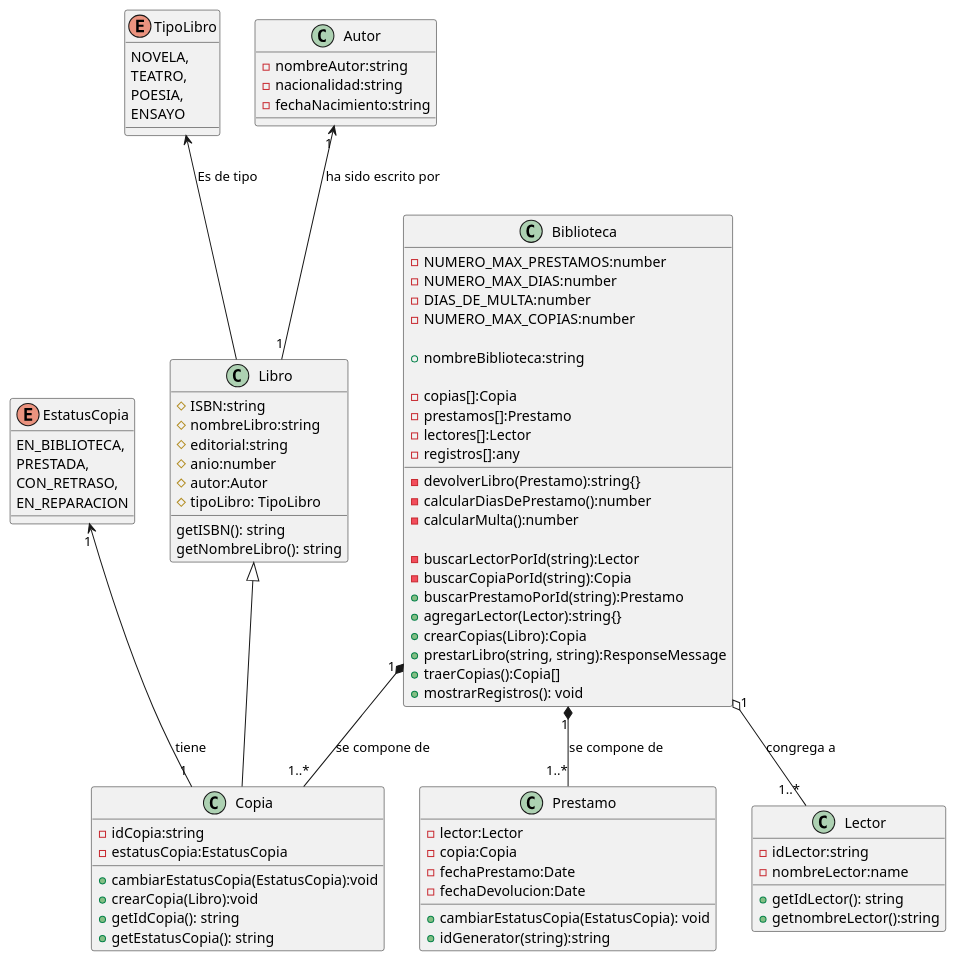
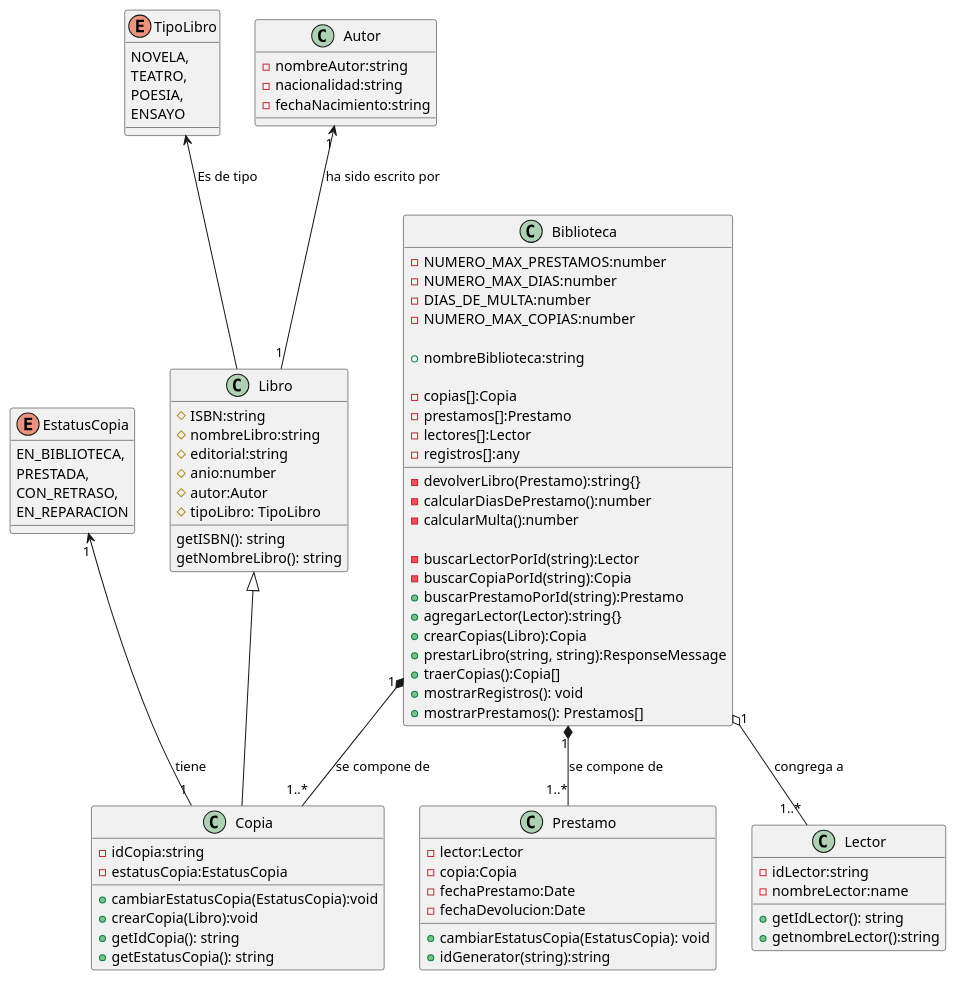
Before and after one commit to wilmansirit/UMLs: the diagram in Biblioteca/laBiblioteca.puml, drawn with PlantUML. The commit also changed 4 other files, not shown here.

```diff
--- a/Biblioteca/laBiblioteca.puml
+++ b/Biblioteca/laBiblioteca.puml
@@ -1,98 +1,99 @@
 @startuml "La biblioteca"
 
 class Libro {
     # ISBN:string
     # nombreLibro:string
     # editorial:string
     # anio:number
     # autor:Autor
     # tipoLibro: TipoLibro
 
     getISBN(): string
     getNombreLibro(): string
 
 }
 
 enum TipoLibro {
     NOVELA,
     TEATRO,
     POESIA,
     ENSAYO
 }
 
 class Autor {
     - nombreAutor:string
     - nacionalidad:string
     - fechaNacimiento:string
 }
 
 class Copia extends Libro {
     - idCopia:string
     - estatusCopia:EstatusCopia
     + cambiarEstatusCopia(EstatusCopia):void
     + crearCopia(Libro):void
     + getIdCopia(): string
     + getEstatusCopia(): string 
 }
 
 enum EstatusCopia {
     EN_BIBLIOTECA,
     PRESTADA,
     CON_RETRASO,
     EN_REPARACION
 }
 
 class Biblioteca {
 
     - NUMERO_MAX_PRESTAMOS:number
     - NUMERO_MAX_DIAS:number
     - DIAS_DE_MULTA:number
     - NUMERO_MAX_COPIAS:number
 
     + nombreBiblioteca:string
 
     - copias[]:Copia
     - prestamos[]:Prestamo
     - lectores[]:Lector
     - registros[]:any
 
     - devolverLibro(Prestamo):string{}
     - calcularDiasDePrestamo():number
     - calcularMulta():number
 
     - buscarLectorPorId(string):Lector
     - buscarCopiaPorId(string):Copia
     + buscarPrestamoPorId(string):Prestamo
     + agregarLector(Lector):string{}
     + crearCopias(Libro):Copia
     + prestarLibro(string, string):ResponseMessage
     + traerCopias():Copia[]
     + mostrarRegistros(): void
+    + mostrarPrestamos(): Prestamos[]
 }
 
 class Lector {
     - idLector:string
     - nombreLector:name
 
     + getIdLector(): string
     + getnombreLector():string
 }
 
 class Prestamo {
     - lector:Lector
     - copia:Copia
     - fechaPrestamo:Date
     - fechaDevolucion:Date
 
     + cambiarEstatusCopia(EstatusCopia): void
     + idGenerator(string):string
 }
 
 TipoLibro <-- Libro: "Es de tipo"
 Autor "1" <-- "1" Libro: "ha sido escrito por"
 EstatusCopia "1" <-- "1" Copia: "tiene"
 Biblioteca "1" o-- "1..*" Lector: "congrega a"
 Biblioteca "1" *-- "1..*" Copia: "se compone de"
 Biblioteca "1" *-- "1..*" Prestamo: "se compone de"
 
 @enduml
```
